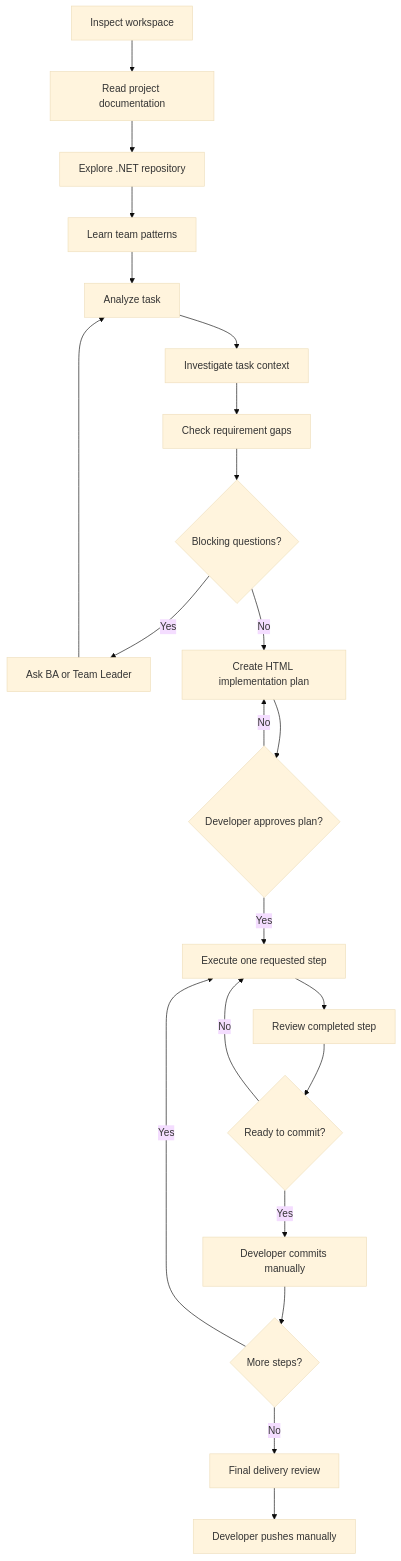
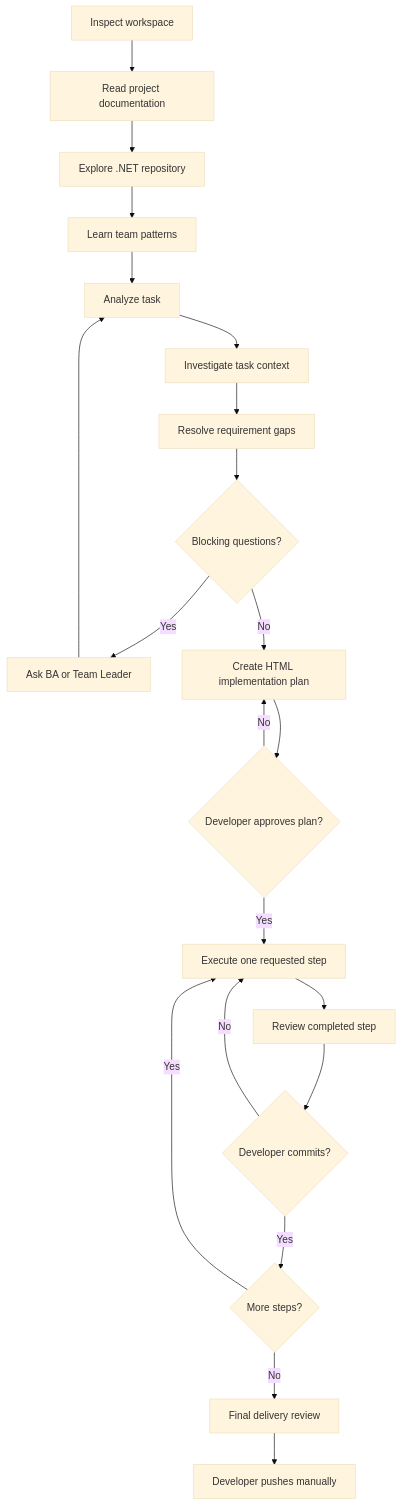
Before and after one commit to quocbahuynh/OttoNet-Skills: the diagram in README.md, drawn with Mermaid (base theme). The commit also changed other lines of this file and 2 other files, not shown here.

````diff
--- a/README.md
+++ b/README.md
@@ -11,24 +51,23 @@
 ```mermaid
 flowchart TD
     A[Inspect workspace] --> B[Read project documentation]
     B --> C[Explore .NET repository]
     C --> D[Learn team patterns]
     D --> E[Analyze task]
     E --> F[Investigate task context]
-    F --> G[Check requirement gaps]
+    F --> G[Resolve requirement gaps]
     G --> H{Blocking questions?}
     H -- Yes --> I[Ask BA or Team Leader]
     I --> E
     H -- No --> J[Create HTML implementation plan]
     J --> K{Developer approves plan?}
+    K -- Yes --> L[Execute one requested step]
     K -- No --> J
-    K -- Yes --> L[Execute one requested step]
     L --> M[Review completed step]
-    M --> N{Ready to commit?}
+    M --> N{Developer commits?}
+    N -- Yes --> O{More steps?}
     N -- No --> L
-    N -- Yes --> O[Developer commits manually]
-    O --> P{More steps?}
-    P -- Yes --> L
-    P -- No --> Q[Final delivery review]
-    Q --> R[Developer pushes manually]
+    O -- Yes --> L
+    O -- No --> P[Final delivery review]
+    P --> Q[Developer pushes manually]
 ```
````
